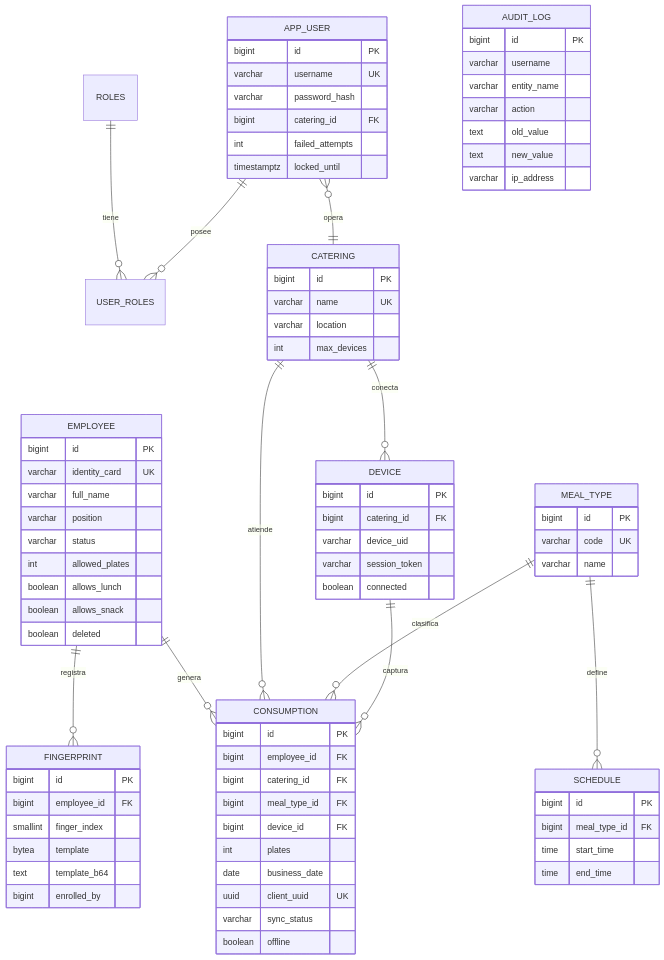
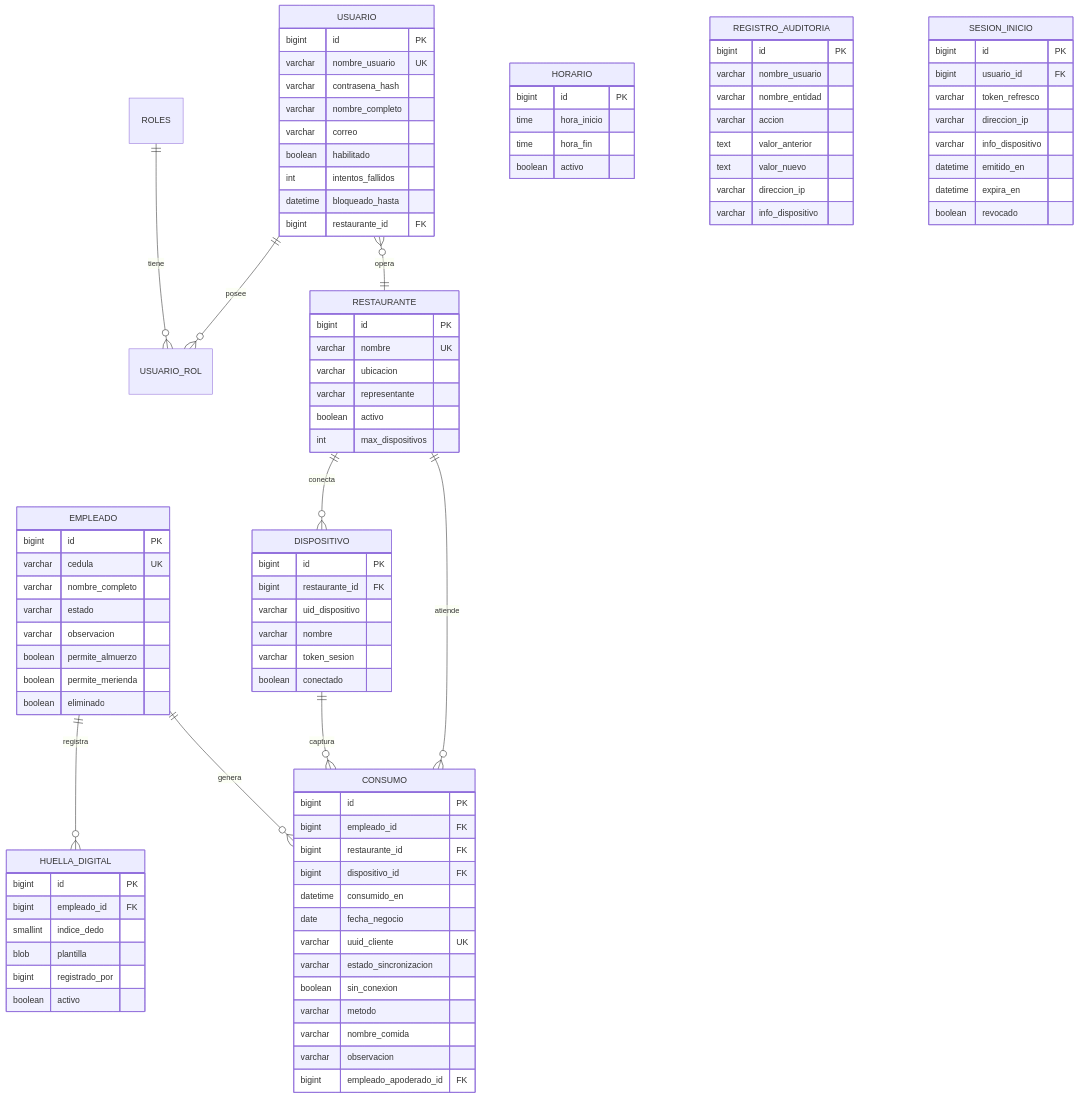
Before and after one commit to sampedro2002/proyectoFinal: the first of 2 diagrams in docs/ARQUITECTURA.md, drawn with Mermaid. The commit also changed other lines of this file and 57 other files, not shown here.

````diff
--- a/docs/ARQUITECTURA.md
+++ b/docs/ARQUITECTURA.md
@@ -30,86 +30,98 @@
 ```mermaid
 erDiagram
-    ROLES ||--o{ USER_ROLES : tiene
-    APP_USER ||--o{ USER_ROLES : posee
-    APP_USER }o--|| CATERING : opera
-    EMPLOYEE ||--o{ FINGERPRINT : registra
-    EMPLOYEE ||--o{ CONSUMPTION : genera
-    CATERING ||--o{ DEVICE : conecta
-    CATERING ||--o{ CONSUMPTION : atiende
-    MEAL_TYPE ||--o{ SCHEDULE : define
-    MEAL_TYPE ||--o{ CONSUMPTION : clasifica
-    DEVICE ||--o{ CONSUMPTION : captura
+    ROLES ||--o{ USUARIO_ROL : tiene
+    USUARIO ||--o{ USUARIO_ROL : posee
+    USUARIO }o--|| RESTAURANTE : opera
+    EMPLEADO ||--o{ HUELLA_DIGITAL : registra
+    EMPLEADO ||--o{ CONSUMO : genera
+    RESTAURANTE ||--o{ DISPOSITIVO : conecta
+    RESTAURANTE ||--o{ CONSUMO : atiende
+    DISPOSITIVO ||--o{ CONSUMO : captura
 
-    APP_USER {
+    USUARIO {
         bigint id PK
-        varchar username UK
-        varchar password_hash
-        bigint catering_id FK
-        int failed_attempts
-        timestamptz locked_until
+        varchar nombre_usuario UK
+        varchar contrasena_hash
+        varchar nombre_completo
+        varchar correo
+        boolean habilitado
+        int intentos_fallidos
+        datetime bloqueado_hasta
+        bigint restaurante_id FK
     }
-    EMPLOYEE {
+    EMPLEADO {
         bigint id PK
-        varchar identity_card UK
-        varchar full_name
-        varchar position
-        varchar status
-        int allowed_plates
-        boolean allows_lunch
-        boolean allows_snack
-        boolean deleted
+        varchar cedula UK
+        varchar nombre_completo
+        varchar estado
+        varchar observacion
+        boolean permite_almuerzo
+        boolean permite_merienda
+        boolean eliminado
     }
-    FINGERPRINT {
+    HUELLA_DIGITAL {
         bigint id PK
-        bigint employee_id FK
-        smallint finger_index
-        bytea template
-        text template_b64
-        bigint enrolled_by
+        bigint empleado_id FK
+        smallint indice_dedo
+        blob plantilla
+        bigint registrado_por
+        boolean activo
     }
-    CATERING {
+    RESTAURANTE {
         bigint id PK
-        varchar name UK
-        varchar location
-        int max_devices
+        varchar nombre UK
+        varchar ubicacion
+        varchar representante
+        boolean activo
+        int max_dispositivos
     }
-    DEVICE {
+    DISPOSITIVO {
         bigint id PK
-        bigint catering_id FK
-        varchar device_uid
-        varchar session_token
-        boolean connected
+        bigint restaurante_id FK
+        varchar uid_dispositivo
+        varchar nombre
+        varchar token_sesion
+        boolean conectado
     }
-    MEAL_TYPE {
+    HORARIO {
         bigint id PK
-        varchar code UK
-        varchar name
+        time hora_inicio
+        time hora_fin
+        boolean activo
     }
-    SCHEDULE {
+    CONSUMO {
         bigint id PK
-        bigint meal_type_id FK
-        time start_time
-        time end_time
+        bigint empleado_id FK
+        bigint restaurante_id FK
+        bigint dispositivo_id FK
+        datetime consumido_en
+        date fecha_negocio
+        varchar uuid_cliente UK
+        varchar estado_sincronizacion
+        boolean sin_conexion
+        varchar metodo
+        varchar nombre_comida
+        varchar observacion
+        bigint empleado_apoderado_id FK
     }
-    CONSUMPTION {
+    REGISTRO_AUDITORIA {
         bigint id PK
-        bigint employee_id FK
-        bigint catering_id FK
-        bigint meal_type_id FK
-        bigint device_id FK
-        int plates
-        date business_date
-        uuid client_uuid UK
-        varchar sync_status
-        boolean offline
+        varchar nombre_usuario
+        varchar nombre_entidad
+        varchar accion
+        text valor_anterior
+        text valor_nuevo
+        varchar direccion_ip
+        varchar info_dispositivo
     }
-    AUDIT_LOG {
+    SESION_INICIO {
         bigint id PK
-        varchar username
-        varchar entity_name
-        varchar action
-        text old_value
-        text new_value
-        varchar ip_address
+        bigint usuario_id FK
+        varchar token_refresco
+        varchar direccion_ip
+        varchar info_dispositivo
+        datetime emitido_en
+        datetime expira_en
+        boolean revocado
     }
 ```
````
